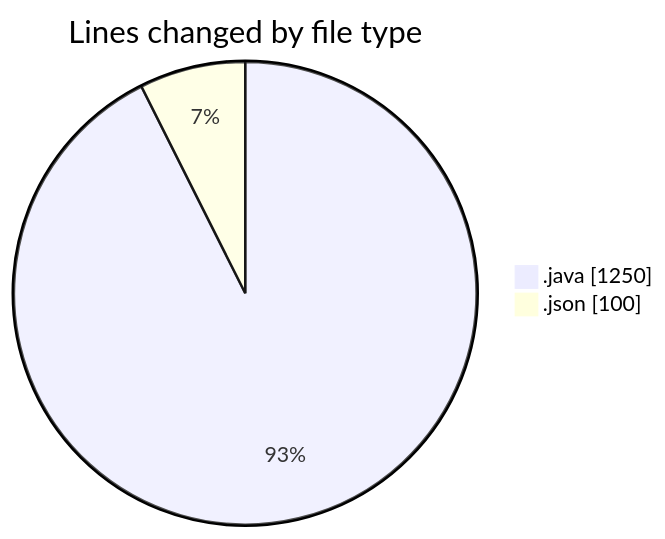
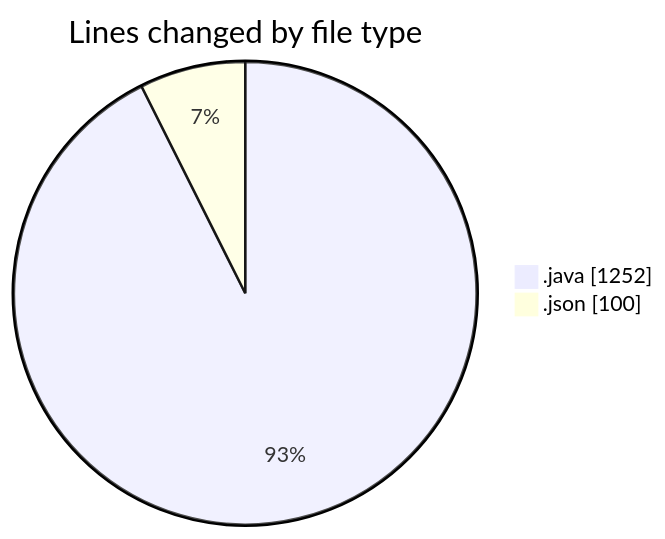
Before and after one commit to ricardozamudiocil/code-tracking: the first of 2 diagrams in 2026-05-12/cilapp/README.md, drawn with Mermaid. The commit also changed other lines of this file and 1 other file, not shown here.

````diff
--- a/2026-05-12/cilapp/README.md
+++ b/2026-05-12/cilapp/README.md
@@ -27,6 +27,6 @@
 ```mermaid
 pie showData
 title Lines changed by file type
-".java" : 1250
+".java" : 1252
 ".json" : 100
 ```
````
